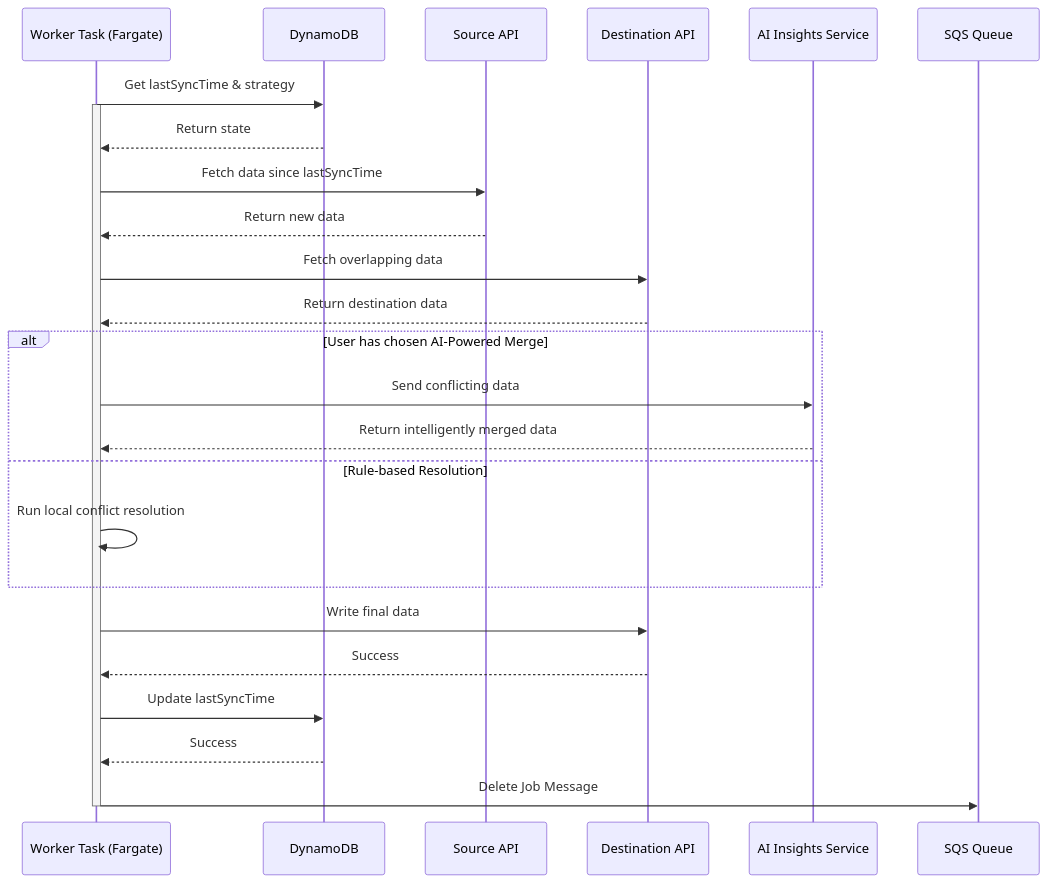
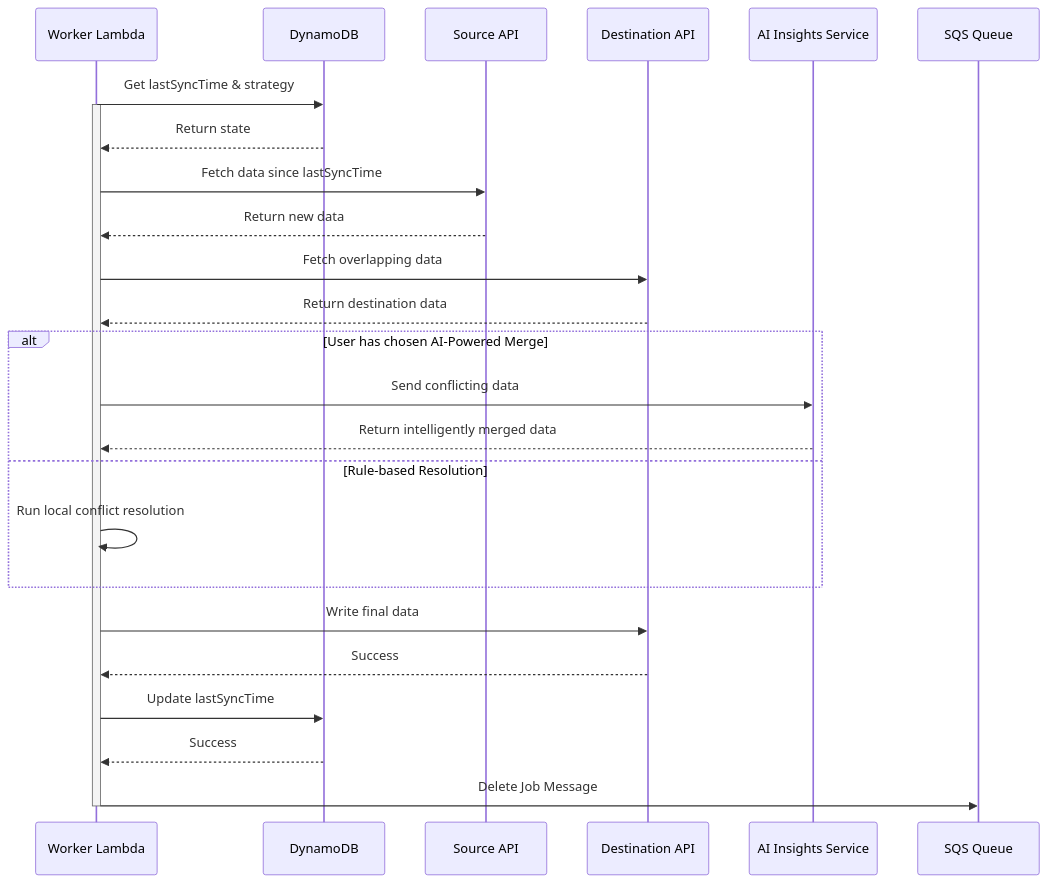
The second of 3 diagrams in 05-data-sync.md (dino10bit/healthsync), drawn with Mermaid before and after one commit. The commit also changed other lines of this file and 2 other files, not shown here.

````diff
--- a/05-data-sync.md
+++ b/05-data-sync.md
@@ -180,31 +180,31 @@
 ```mermaid
 sequenceDiagram
-    participant Worker as Worker Task (Fargate)
+    participant Worker as Worker Lambda
     participant DynamoDB as DynamoDB
     participant SourceAPI as Source API
     participant DestAPI as Destination API
     participant AIService as AI Insights Service
     participant SQS as SQS Queue
 
     Worker->>DynamoDB: Get lastSyncTime & strategy
     activate Worker
     DynamoDB-->>Worker: Return state
     Worker->>SourceAPI: Fetch data since lastSyncTime
     SourceAPI-->>Worker: Return new data
     Worker->>DestAPI: Fetch overlapping data
     DestAPI-->>Worker: Return destination data
 
     alt User has chosen AI-Powered Merge
         Worker->>AIService: Send conflicting data
         AIService-->>Worker: Return intelligently merged data
     else Rule-based Resolution
         Worker->>Worker: Run local conflict resolution
     end
 
     Worker->>DestAPI: Write final data
     DestAPI-->>Worker: Success
     Worker->>DynamoDB: Update lastSyncTime
     DynamoDB-->>Worker: Success
     Worker->>SQS: Delete Job Message
     deactivate Worker
 ```
````
